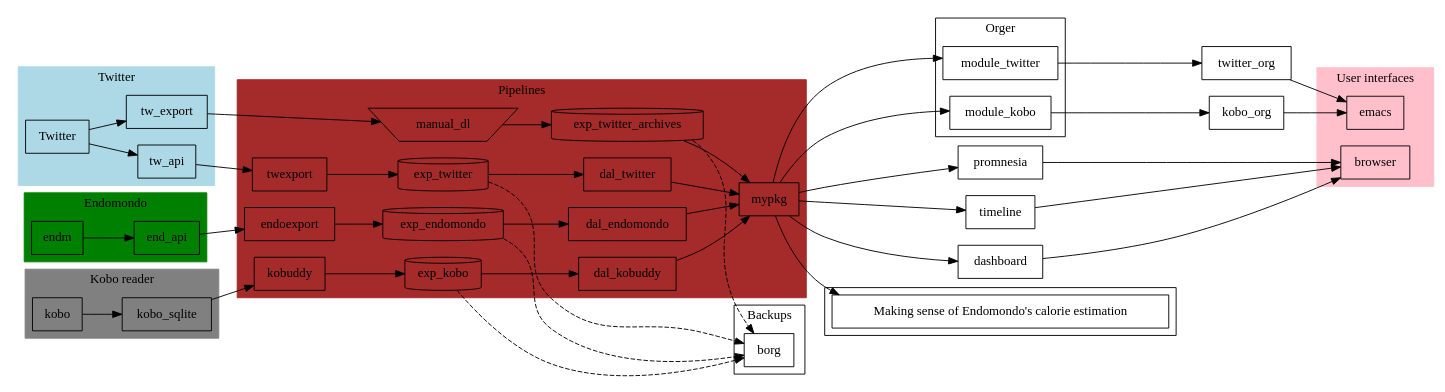
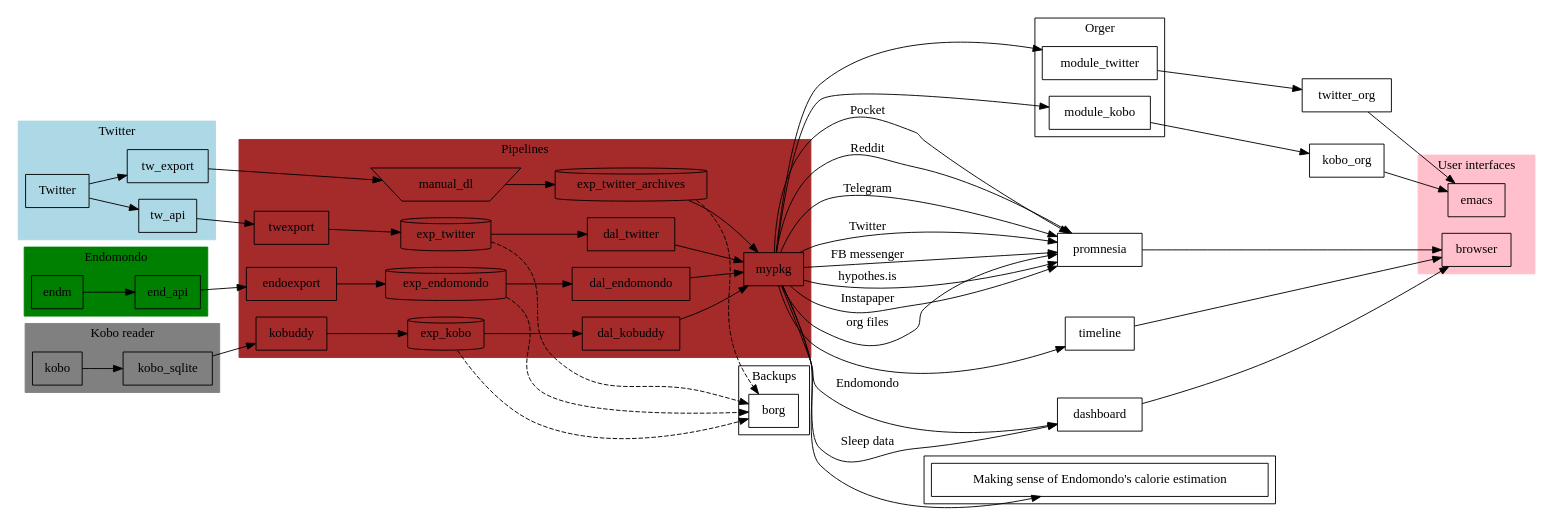
Before and after one commit to karlicoss/myinfra: the diagram in infra.dot, drawn with Graphviz.

Commit message:
more promnesia edges

```diff
--- a/infra.dot
+++ b/infra.dot
@@ -1,149 +1,163 @@
 # http://www.graphviz.org/content/cluster
 
 digraph G {
   node [shape="box"];
   rankdir="LR";
 
 
 subgraph cluster_twittercom {
 	label="Twitter";
 	style=filled;
 	color=lightblue;
 	// node [style=filled,color=white];
 
   tw [label = "Twitter"];
   tw_export;
   tw_api;
 	// a0 -> a1 -> a2 -> a3;
 }
 tw -> tw_api;
 tw -> tw_export;
 
 subgraph cluster_endomondo {
 	label="Endomondo";
   style=filled;
   color=green;
   endm;
   end_api;
 	// node [style=filled];
 	// b0 -> b1 -> b2 -> b3;
 }
 endm -> end_api;
 
 # TODO indicate frequencies?
 
 subgraph cluster_kobo {
   label="Kobo reader";
   style=filled;
   color=gray;
   kobo;
   kobo -> kobo_sqlite;
 }
 
 
 subgraph exports {
   node [shape=cylinder];
 
   exp_kobo;
   exp_twitter_archives;
   exp_twitter;
   exp_endomondo;
 }
 
 
 
 subgraph cluster_pipelines {
   label="Pipelines";
   style=filled;
   color=brown;
 
   twexport;
   endoexport;
 
   manual_dl[shape=invtrapezium];
 
   tw_export   -> manual_dl  -> exp_twitter_archives;
   tw_api      -> twexport   -> exp_twitter;
   end_api     -> endoexport -> exp_endomondo;
   kobo_sqlite -> kobuddy    -> exp_kobo;
 
   exp_twitter_archives           -> mypkg;
   exp_twitter   -> dal_twitter   -> mypkg;
   exp_endomondo -> dal_endomondo -> mypkg;
   exp_kobo      -> dal_kobuddy   -> mypkg;
 
 }
 
 # TODO distinguish manual and automatic nodes?
 # TODO instead have twexport on edges? ultimately not that much difference..
 
 # TODO position borg above
 
 # TODO svg output with links
 subgraph cluster_backups {
   label="Backups";
   borg;
 
   exp_kobo             -> borg [style=dashed];
   exp_twitter_archives -> borg [style=dashed];
   exp_twitter          -> borg [style=dashed];
   exp_endomondo        -> borg [style=dashed];
 }
 
 # TODO mark edges that use cachew?
 
 subgraph cluster_orger {
   label=Orger;
   module_twitter;
   module_kobo;
 }
 mypkg -> module_twitter;
 mypkg -> module_kobo;
 
 module_twitter -> twitter_org;
 module_kobo    -> kobo_org;
 
 # TODO cloudmacs?
 # TODO arctee
 # TODO link some of my blog posts? E.g. ones using endomondo
 
 
 
 subgraph cluster_ui {
   label="User interfaces";
   style=filled;
   color=pink;
 
   emacs;
   browser;
 }
 
 mypkg -> timeline;
-mypkg -> dashboard;
-mypkg -> promnesia;
+
+mypkg -> dashboard [label="Sleep data"];
+mypkg -> dashboard [label="Endomondo"];
+
+
+mypkg -> promnesia [label="FB messenger"];
+mypkg -> promnesia [label="hypothes.is" ];
+mypkg -> promnesia [label="Instapaper"  ];
+mypkg -> promnesia [label="org files"   ];
+mypkg -> promnesia [label="Pocket"      ];
+mypkg -> promnesia [label="Reddit"      ];
+# TODO show missing links? like HN
+mypkg -> promnesia [label="Telegram"    ];
+mypkg -> promnesia [label="Twitter"     ];
 
 
 promnesia -> browser;
 timeline  -> browser;
 dashboard -> browser;
 
 
-kobo_org    -> emacs;
-twitter_org -> emacs;
+{
+  kobo_org,
+  twitter_org
+} -> emacs;
 
 # TODO I guess it's nice to mention where I mention certain bits of infrastructure?
 
 # TODO style blog posts differently?
 # TODO position below all
 
 subgraph cluster_blog {
   hb_kcals [
     label="Making sense of Endomondo's calorie estimation";
     URL="https://beepb00p.xyz/heartbeats_vs_kcals.html";
   ];
 }
 
 mypkg -> hb_kcals;
 // 
 
 }
```
